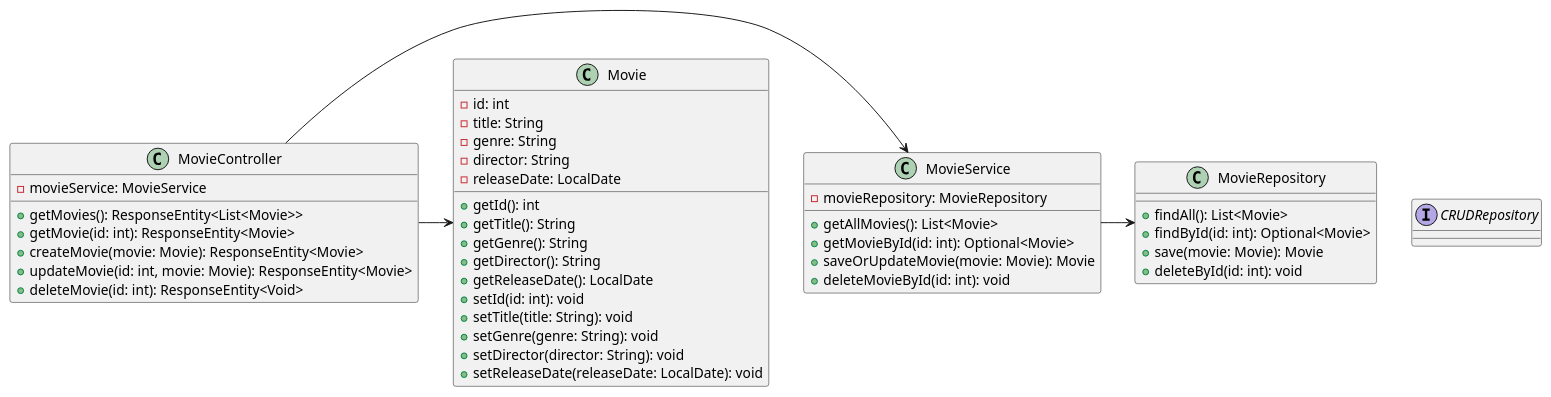
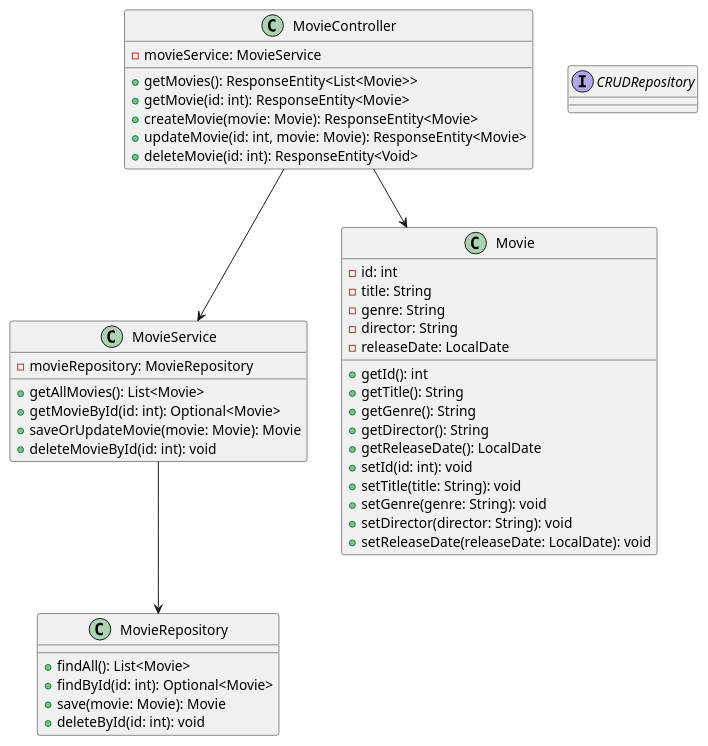
Before and after one commit to hvferreira/movie-api: the diagram in Docs/UML class diagram.puml, drawn with PlantUML. The commit also changed 1 other file, not shown here.

Commit message:
change de uml files for same names the files java

```diff
--- a/Docs/UML class diagram.puml
+++ b/Docs/UML class diagram.puml
@@ -1,49 +1,49 @@
 @startuml
-'https://plantuml.com/class-diagram
 
 class MovieController {
   - movieService: MovieService
   + getMovies(): ResponseEntity<List<Movie>>
   + getMovie(id: int): ResponseEntity<Movie>
   + createMovie(movie: Movie): ResponseEntity<Movie>
   + updateMovie(id: int, movie: Movie): ResponseEntity<Movie>
   + deleteMovie(id: int): ResponseEntity<Void>
 }
 
 class MovieService {
   - movieRepository: MovieRepository
   + getAllMovies(): List<Movie>
   + getMovieById(id: int): Optional<Movie>
   + saveOrUpdateMovie(movie: Movie): Movie
   + deleteMovieById(id: int): void
 }
 class MovieRepository {
   + findAll(): List<Movie>
   + findById(id: int): Optional<Movie>
   + save(movie: Movie): Movie
   + deleteById(id: int): void
 }
 
 class Movie {
   - id: int
   - title: String
   - genre: String
   - director: String
   - releaseDate: LocalDate
   + getId(): int
   + getTitle(): String
   + getGenre(): String
   + getDirector(): String
   + getReleaseDate(): LocalDate
   + setId(id: int): void
   + setTitle(title: String): void
   + setGenre(genre: String): void
   + setDirector(director: String): void
   + setReleaseDate(releaseDate: LocalDate): void
 }
 interface CRUDRepository
 
-MovieController -> MovieService
-MovieService -> MovieRepository
-MovieController -> Movie
+MovieController --> MovieService
+MovieService --> MovieRepository
+MovieController --> Movie
+
 @enduml
```
